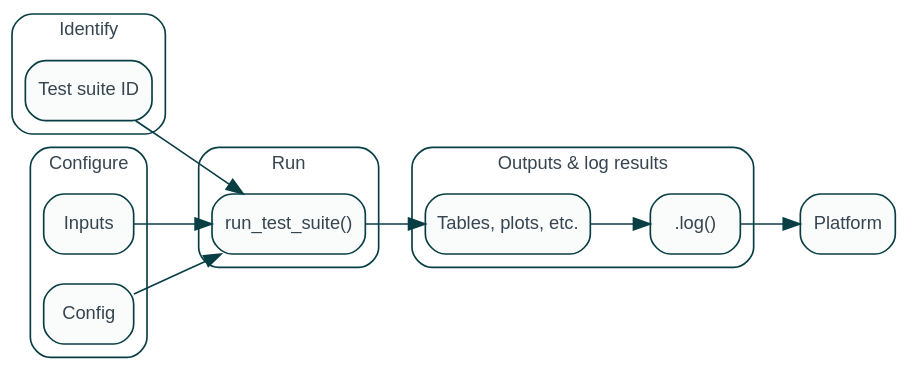
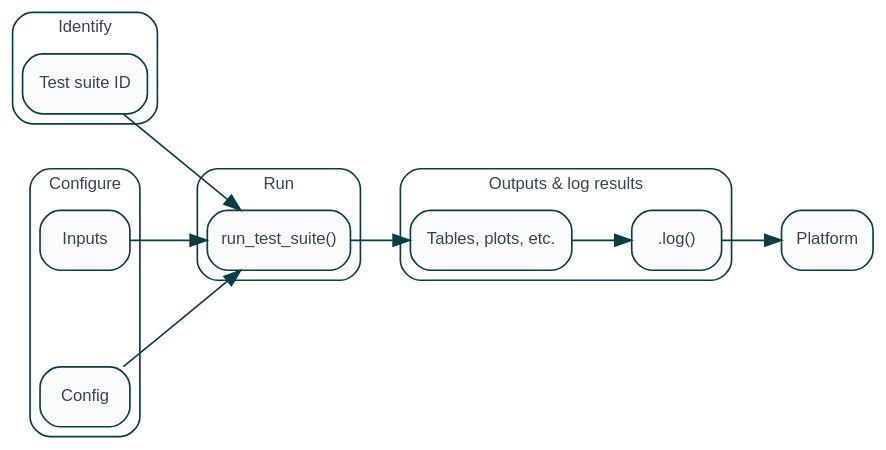
The second of 2 diagrams in site/developer/how-to/testing-overview.qmd (validmind/documentation), drawn with Graphviz before and after one commit. The commit also changed other lines of this file, not shown here.

Commit message:
Some graphviz tweaks

````diff
--- a/site/developer/how-to/testing-overview.qmd
+++ b/site/developer/how-to/testing-overview.qmd
@@ -137,22 +141,26 @@
 ```{dot}
 digraph {
     rankdir=LR
     bgcolor="transparent"
-    node [shape=box, style="rounded,filled", fillcolor="#FAFBFB", color="#083E44", fontcolor="#36454F", fontname="Arial,Helvetica,sans-serif", fontsize=11, penwidth=1]
+    margin=0
+    pad=0.1
+    ranksep=0.5
+    nodesep=0.8
+    node [shape=box, style="rounded,filled", fillcolor="#FAFBFB", color="#083E44", fontcolor="#36454F", fontname="Arial,Helvetica,sans-serif", fontsize=10, penwidth=1, margin="0.12,0.08"]
     edge [color="#083E44", penwidth=1]
-    graph [fontcolor="#36454F", fontname="Arial,Helvetica,sans-serif", fontsize=11]
+    graph [fontcolor="#36454F", fontname="Arial,Helvetica,sans-serif", fontsize=10]
     
-    subgraph cluster_identify { label="Identify"; style="rounded"; color="#083E44"; fillcolor="#FAFBFB"; SuiteID [label="Test suite ID"] }
-    subgraph cluster_configure { label="Configure"; style="rounded"; color="#083E44"; fillcolor="#FAFBFB"; SuiteInputs [label="Inputs"]; SuiteConfig [label="Config"] }
-    subgraph cluster_run { label="Run"; style="rounded"; color="#083E44"; fillcolor="#FAFBFB"; RunSuite [label="run_test_suite()"] }
-    subgraph cluster_output { label="Outputs & log results"; style="rounded"; color="#083E44"; fillcolor="#FAFBFB"; SuiteOutput [label="Tables, plots, etc."]; SuiteLog [label=".log()"] }
+    subgraph cluster_identify { label="Identify"; style="rounded"; color="#083E44"; fillcolor="#FAFBFB"; margin=6; SuiteID [label="Test suite ID"] }
+    subgraph cluster_configure { label="Configure"; style="rounded"; color="#083E44"; fillcolor="#FAFBFB"; margin=6; SuiteInputs [label="Inputs"]; SuiteConfig [label="Config"] }
+    subgraph cluster_run { label="Run"; style="rounded"; color="#083E44"; fillcolor="#FAFBFB"; margin=6; RunSuite [label="run_test_suite()"] }
+    subgraph cluster_output { label="Outputs & log results"; style="rounded"; color="#083E44"; fillcolor="#FAFBFB"; margin=6; SuiteOutput [label="Tables, plots, etc."]; SuiteLog [label=".log()"] }
     Platform
     
     SuiteID -> RunSuite
     SuiteInputs -> RunSuite
     SuiteConfig -> RunSuite
     RunSuite -> SuiteOutput
     SuiteOutput -> SuiteLog
     SuiteLog -> Platform
 }
 ```
````
